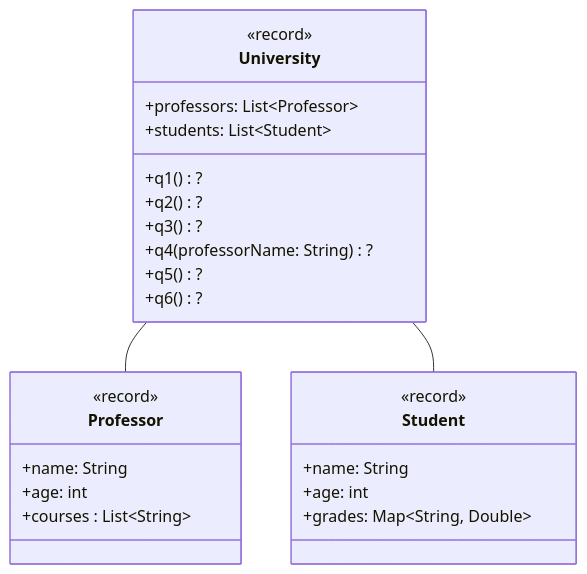
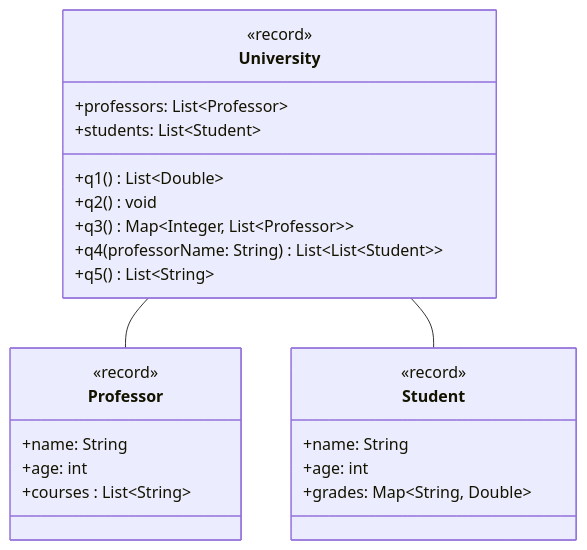
One commit to jappuccini/java-docs changed the third of 3 diagrams in docs/additional-material/steffen/java-2/exam-preparation/2024.md. Above: the diagram before and after it, drawn with Mermaid. The commit also changed other lines of this file, not shown here.

````diff
--- a/docs/additional-material/steffen/java-2/exam-preparation/2024.md
+++ b/docs/additional-material/steffen/java-2/exam-preparation/2024.md
@@ -117,35 +179,34 @@
 ```mermaid
 classDiagram
   direction TB
 
   University -- Professor
   University -- Student
 
   class Professor {
     <<record>>
     +name: String
     +age: int
     +courses : List~String~
   }
 
   class Student {
     <<record>>
     +name: String
     +age: int
     +grades: Map~String, Double~
   }
 
   class University {
     <<record>>
     +professors: List~Professor~
     +students: List~Student~
 
-    +q1() ?
-    +q2() ?
-    +q3() ?
-    +q4(professorName: String) ?
-    +q5() ?
-    +q6() ?
+    +q1() List~Double~
+    +q2() void
+    +q3() Map~Integer&sbquo; List~Professor~~
+    +q4(professorName: String) List~List~Student~~
+    +q5() List~String~
   }
 
 ```
````
